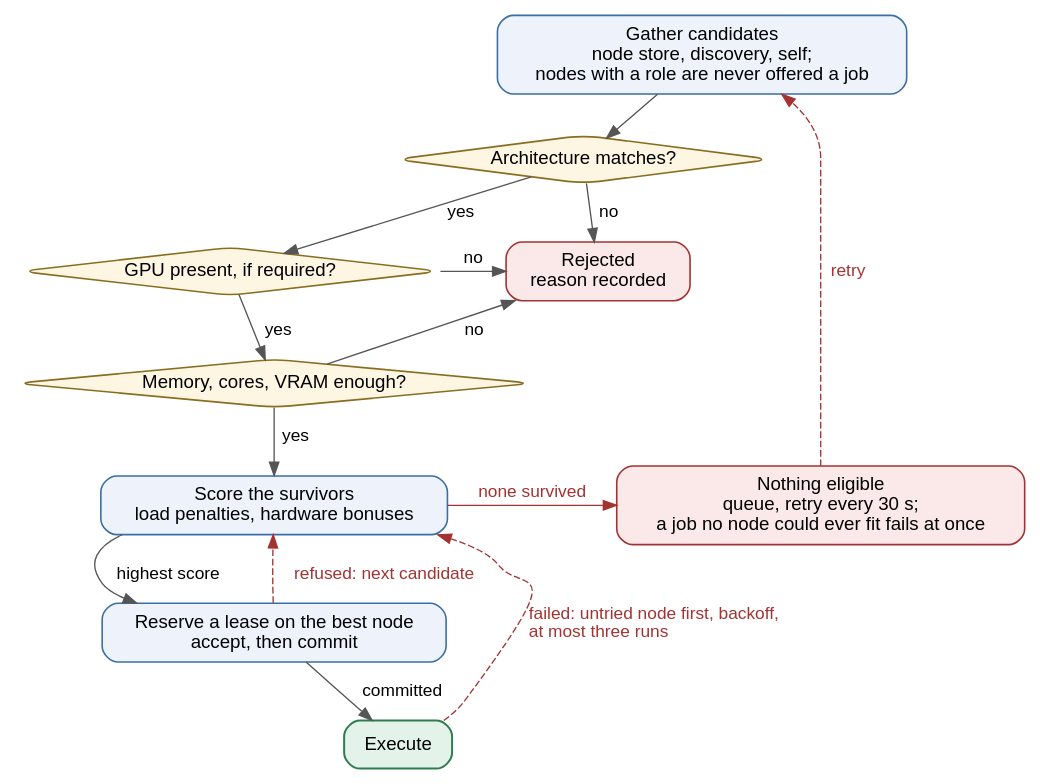
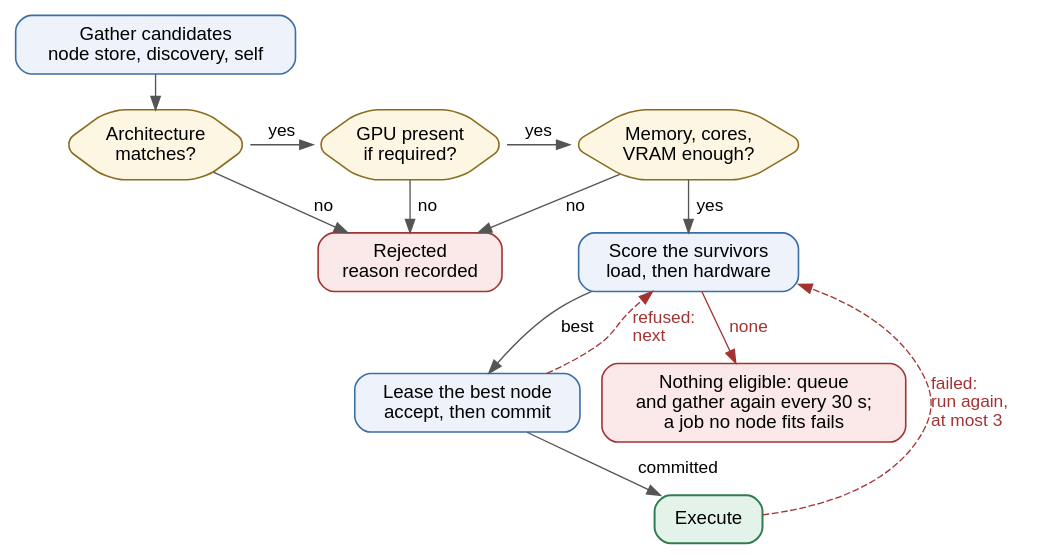
The diagram in docs/diagrams/src/fig_4.3_placement_flow.dot (vinayakyadav2709/Pipedpeer), drawn with Graphviz before and after one commit. The commit also changed 49 other files, not shown here.

```diff
--- a/docs/diagrams/src/fig_4.3_placement_flow.dot
+++ b/docs/diagrams/src/fig_4.3_placement_flow.dot
@@ -1,41 +1,40 @@
 // Figure 4.3 - Placement pipeline: gather, filter, score, lease, retry.
 // The three reject branches feed one collector so no edge has to cross the
 // figure, and the queue path leaves from the bottom rather than looping back
 // over the decision spine.
 digraph Placement {
-  rankdir=TB; bgcolor="white"; nodesep=0.34; ranksep=0.40;
+  rankdir=TB; newrank=true; bgcolor="white"; nodesep=0.22; ranksep=0.36;
   node [fontname="Helvetica", fontsize=14, shape=box, style="rounded,filled",
         fillcolor="#eef3fb", color="#3b6ea5", penwidth=1.2, margin="0.18,0.10"];
   edge [fontname="Helvetica", fontsize=13, color="#555555"];
 
-  gather [label="Gather candidates\nnode store, discovery, self;\nnodes with a role are never offered a job"];
-  f1 [label="Architecture matches?", shape=diamond, fillcolor="#fdf6e3", color="#8a6d1f", margin="0.04"];
-  f2 [label="GPU present, if required?", shape=diamond, fillcolor="#fdf6e3", color="#8a6d1f", margin="0.04"];
-  f3 [label="Memory, cores, VRAM enough?", shape=diamond, fillcolor="#fdf6e3", color="#8a6d1f", margin="0.04"];
+  gather [label="Gather candidates\nnode store, discovery, self"];
+  f1 [label="Architecture\nmatches?", shape=hexagon, fillcolor="#fdf6e3", color="#8a6d1f", margin="0.02"];
+  f2 [label="GPU present\nif required?", shape=hexagon, fillcolor="#fdf6e3", color="#8a6d1f", margin="0.02"];
+  f3 [label="Memory, cores,\nVRAM enough?", shape=hexagon, fillcolor="#fdf6e3", color="#8a6d1f", margin="0.02"];
   rej [label="Rejected\nreason recorded", fillcolor="#fbe9e9", color="#a33333"];
 
-  score [label="Score the survivors\nload penalties, hardware bonuses"];
-  lease [label="Reserve a lease on the best node\naccept, then commit"];
+  score [label="Score the survivors\nload, then hardware"];
+  lease [label="Lease the best node\naccept, then commit"];
   run   [label="Execute", fillcolor="#e3f3e9", color="#2f7d4f", penwidth=1.5];
-  wait  [label="Nothing eligible\nqueue, retry every 30 s;\na job no node could ever fit fails at once", fillcolor="#fbe9e9", color="#a33333"];
+  wait  [label="Nothing eligible: queue\nand gather again every 30 s;\na job no node fits fails", fillcolor="#fbe9e9", color="#a33333"];
 
   gather -> f1;
   f1 -> f2 [label=" yes "];
   f2 -> f3 [label=" yes "];
   f3 -> score [label=" yes "];
-  score -> lease [label=" highest score "];
+  score -> lease [label="best"];
   lease -> run [label=" committed "];
 
   // All three rejections land on one collector, kept level with the filters.
   f1 -> rej [label=" no "];
   f2 -> rej [label=" no "];
   f3 -> rej [label=" no "];
-  { rank=same; f2; rej; }
+  { rank=same; f1; f2; f3; }
 
-  score -> wait [label=" none survived ", color="#a33333", fontcolor="#a33333"];
-  wait -> gather [label=" retry ", style=dashed, color="#a33333", fontcolor="#a33333"];
+  score -> wait [label="none", color="#a33333", fontcolor="#a33333"];
 
-  lease -> score [label=" refused: next candidate ", style=dashed, color="#a33333", fontcolor="#a33333"];
-  run -> score [label=" failed: untried node first, backoff,\l at most three runs\l ", style=dashed, color="#a33333", fontcolor="#a33333"];
-  { rank=same; score; wait; }
+  lease -> score [label="refused:\lnext\l", style=dashed, color="#a33333", fontcolor="#a33333"];
+  run -> score [label="failed:\lrun again,\lat most 3\l", style=dashed, color="#a33333", fontcolor="#a33333"];
+  { rank=same; lease; wait; }
 }
```
